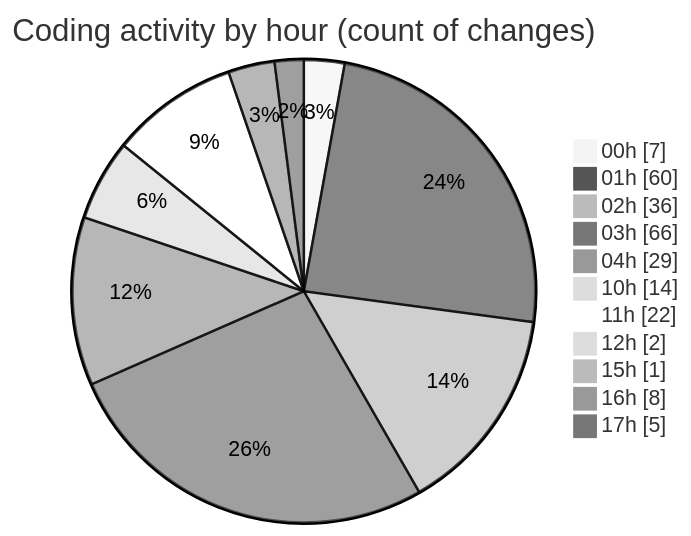
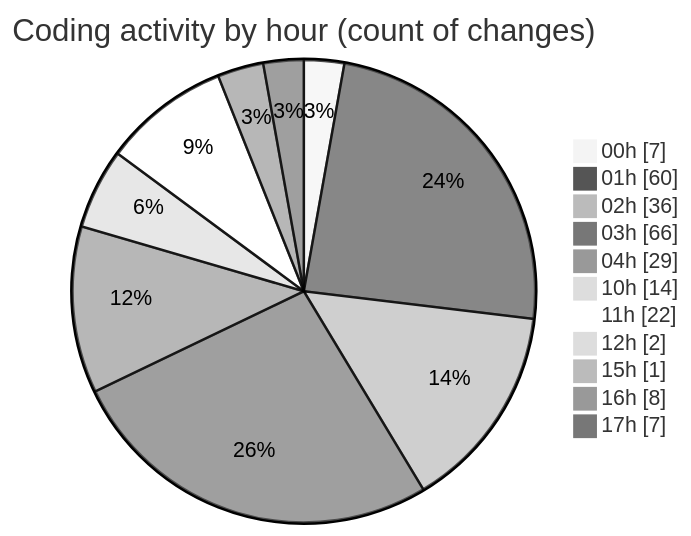
The second of 2 diagrams in 2025-10-07/eventscop-frontend-guide__workspace_/README.md (julien-gomy/code-tracking), drawn with Mermaid (neutral theme) before and after one commit. The commit also changed other lines of this file and 1 other file, not shown here.

````diff
--- a/2025-10-07/eventscop-frontend-guide__workspace_/README.md
+++ b/2025-10-07/eventscop-frontend-guide__workspace_/README.md
@@ -107,15 +107,15 @@
 ```mermaid
 pie showData
 title Coding activity by hour (count of changes)
 "00h" : 7
 "01h" : 60
 "02h" : 36
 "03h" : 66
 "04h" : 29
 "10h" : 14
 "11h" : 22
 "12h" : 2
 "15h" : 1
 "16h" : 8
-"17h" : 5
+"17h" : 7
 ```
````
